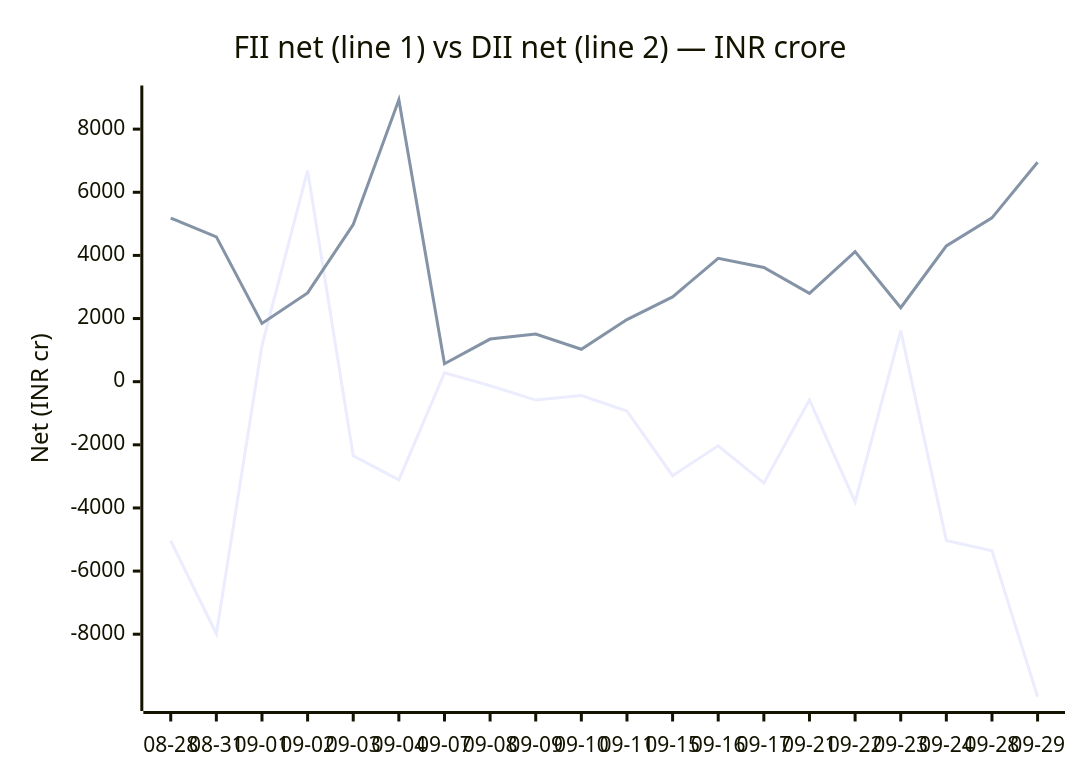
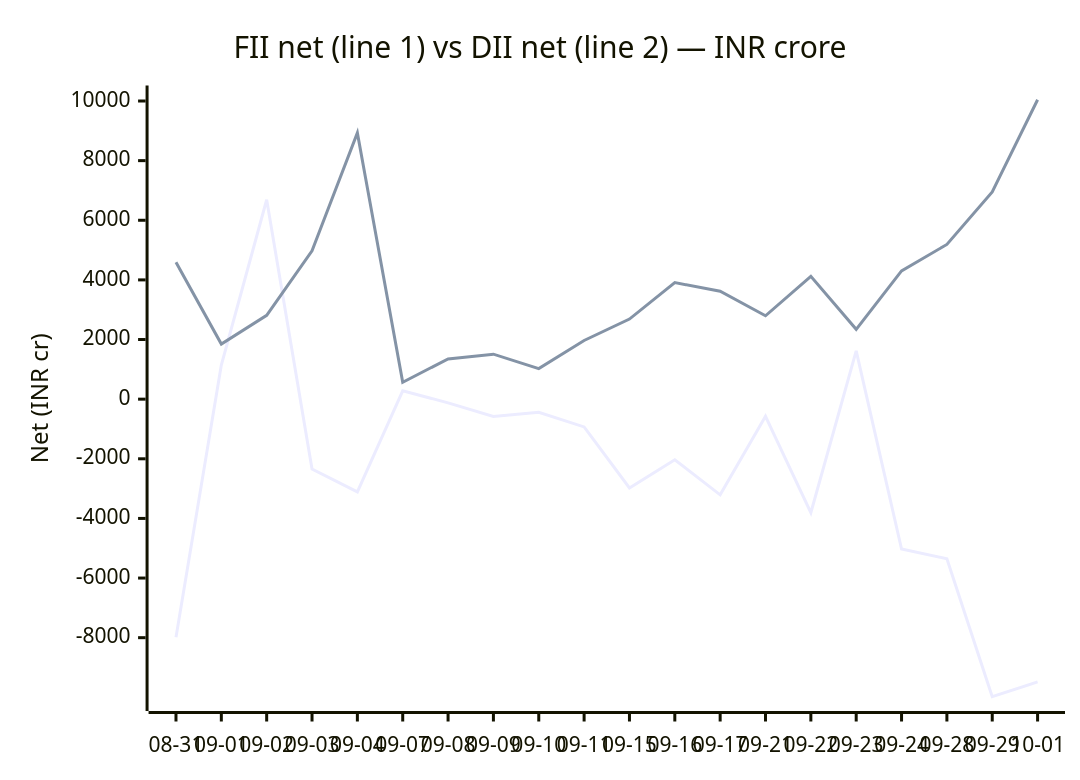
The second of 2 diagrams in README.md (chirag127/fii-dii-activity-api), drawn with Mermaid before and after one commit. The commit also changed 2 other files, not shown here.

Commit message:
data: scrape 2026-10-01

````diff
--- a/README.md
+++ b/README.md
@@ -53,8 +53,8 @@
 ```mermaid
 xychart-beta
     title "FII net (line 1) vs DII net (line 2) — INR crore"
-    x-axis ["08-28", "08-31", "09-01", "09-02", "09-03", "09-04", "09-07", "09-08", "09-09", "09-10", "09-11", "09-15", "09-16", "09-17", "09-21", "09-22", "09-23", "09-24", "09-28", "09-29"]
-    y-axis "Net (INR cr)" -9981 --> 8931
-    line [-5039.8, -7985.88, 1143.38, 6688.37, -2345.87, -3111.94, 280.13, -123.19, -582.99, -438.24, -930.9, -2977.86, -2032.61, -3208.76, -576.2, -3809.99, 1617.45, -5027.36, -5353.22, -9980.22]
-    line [5183.93, 4588.88, 1846.94, 2812.98, 4977.46, 8930.12, 566.76, 1349.64, 1509.04, 1025.85, 1968.17, 2686.05, 3908.23, 3617.75, 2797.27, 4120.07, 2341.46, 4301.18, 5189.02, 6952.71]
+    x-axis ["08-31", "09-01", "09-02", "09-03", "09-04", "09-07", "09-08", "09-09", "09-10", "09-11", "09-15", "09-16", "09-17", "09-21", "09-22", "09-23", "09-24", "09-28", "09-29", "10-01"]
+    y-axis "Net (INR cr)" -9981 --> 10042
+    line [-7985.88, 1143.38, 6688.37, -2345.87, -3111.94, 280.13, -123.19, -582.99, -438.24, -930.9, -2977.86, -2032.61, -3208.76, -576.2, -3809.99, 1617.45, -5027.36, -5353.22, -9980.22, -9484.22]
+    line [4588.88, 1846.94, 2812.98, 4977.46, 8930.12, 566.76, 1349.64, 1509.04, 1025.85, 1968.17, 2686.05, 3908.23, 3617.75, 2797.27, 4120.07, 2341.46, 4301.18, 5189.02, 6952.71, 10041.84]
 ```
````
